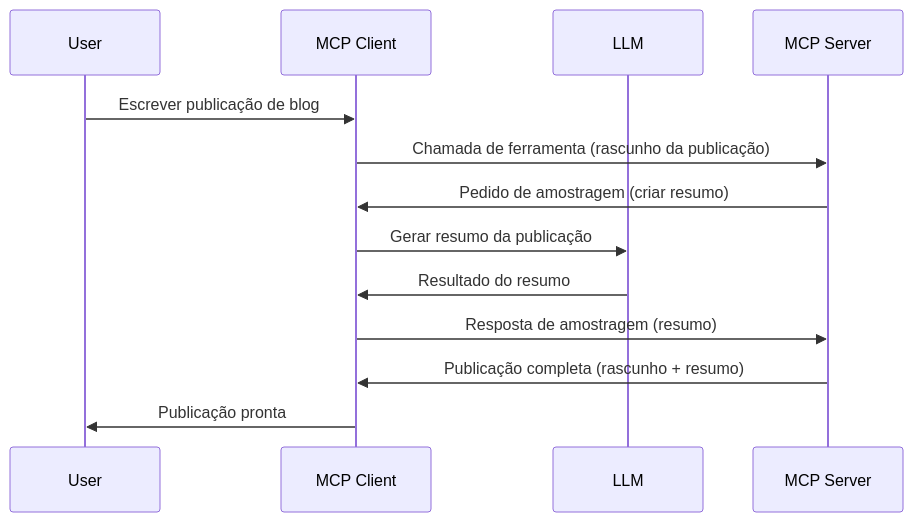
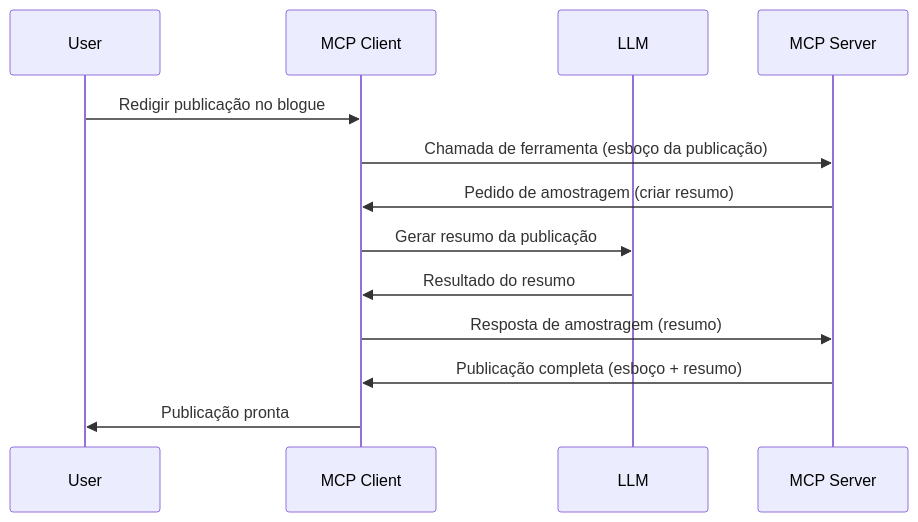
One commit to HIDORAKAI002/ai-workspace-archive changed the diagram in mcp_ecosystem__model_context_protocol/mcp_learning_resources/mcp-for-beginners/translations/pt-PT/03-GettingStarted/14-sampling/README.md. Above: the diagram before and after it, drawn with Mermaid. The commit also changed other lines of this file and 1160 other files, not shown here.

````diff
--- a/mcp_ecosystem__model_context_protocol/mcp_learning_resources/mcp-for-beginners/translations/pt-PT/03-GettingStarted/14-sampling/README.md
+++ b/mcp_ecosystem__model_context_protocol/mcp_learning_resources/mcp-for-beginners/translations/pt-PT/03-GettingStarted/14-sampling/README.md
@@ -23,16 +23,16 @@
 ```mermaid
 sequenceDiagram
     participant User
     participant MCP Client
     participant LLM
     participant MCP Server
 
-    User->>MCP Client: Escrever publicação de blog
-    MCP Client->>MCP Server: Chamada de ferramenta (rascunho da publicação)
+    User->>MCP Client: Redigir publicação no blogue
+    MCP Client->>MCP Server: Chamada de ferramenta (esboço da publicação)
     MCP Server->>MCP Client: Pedido de amostragem (criar resumo)
     MCP Client->>LLM: Gerar resumo da publicação
     LLM->>MCP Client: Resultado do resumo
     MCP Client->>MCP Server: Resposta de amostragem (resumo)
-    MCP Server->>MCP Client: Publicação completa (rascunho + resumo)
+    MCP Server->>MCP Client: Publicação completa (esboço + resumo)
     MCP Client->>User: Publicação pronta
 ```
````
